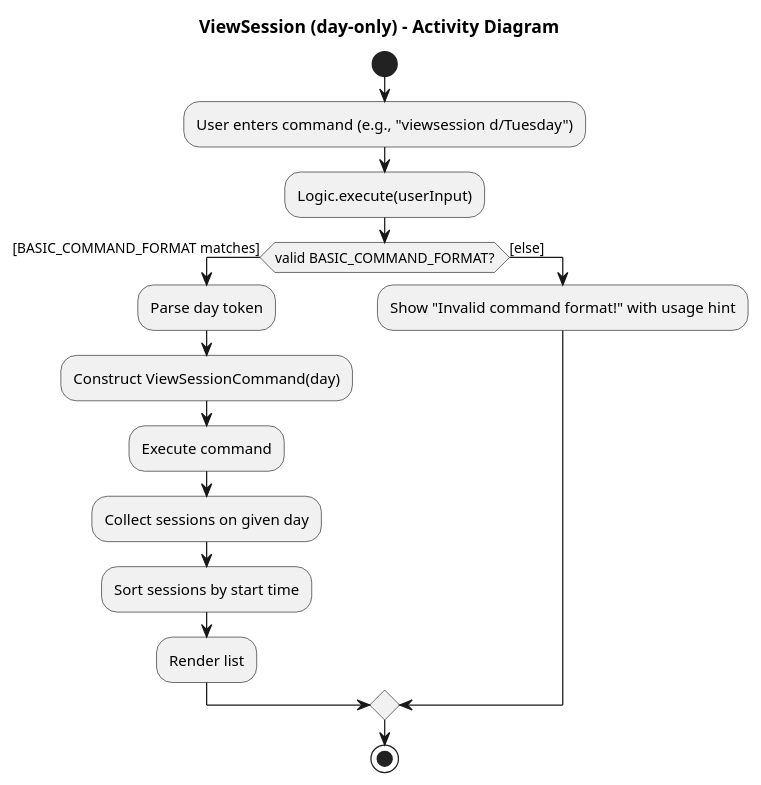
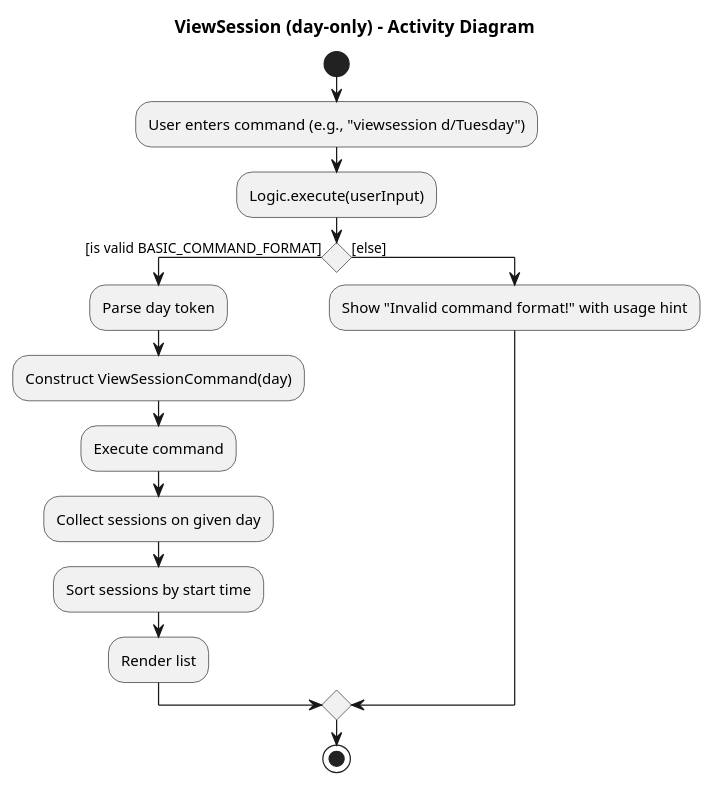
Before and after one commit to tgonet/tp: the diagram in docs/diagrams/ViewSessionActivityDiagram.puml, drawn with PlantUML. The commit also changed 3 other files, not shown here.

```diff
--- a/docs/diagrams/ViewSessionActivityDiagram.puml
+++ b/docs/diagrams/ViewSessionActivityDiagram.puml
@@ -1,20 +1,20 @@
 @startuml
 title ViewSession (day-only) - Activity Diagram
 
 start
 :User enters command (e.g., "viewsession d/Tuesday");
 :Logic.execute(userInput);
 
-if (valid BASIC_COMMAND_FORMAT?) then ([BASIC_COMMAND_FORMAT matches])
+if () then ([is valid BASIC_COMMAND_FORMAT])
   :Parse day token;
   :Construct ViewSessionCommand(day);
   :Execute command;
   :Collect sessions on given day;
   :Sort sessions by start time;
   :Render list;
 else ([else])
   :Show "Invalid command format!" with usage hint;
 endif
 
 stop
 @enduml
```
